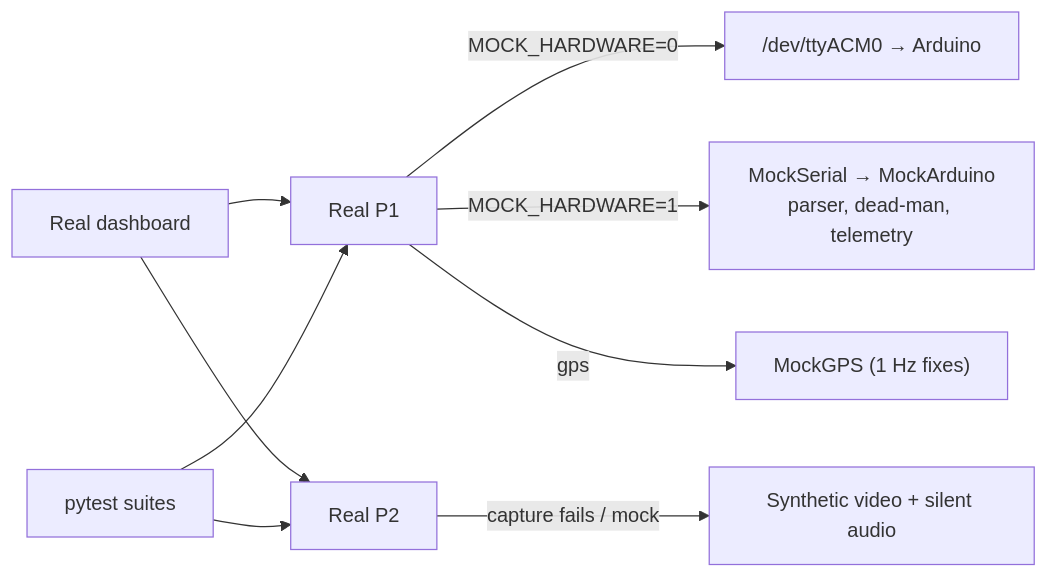
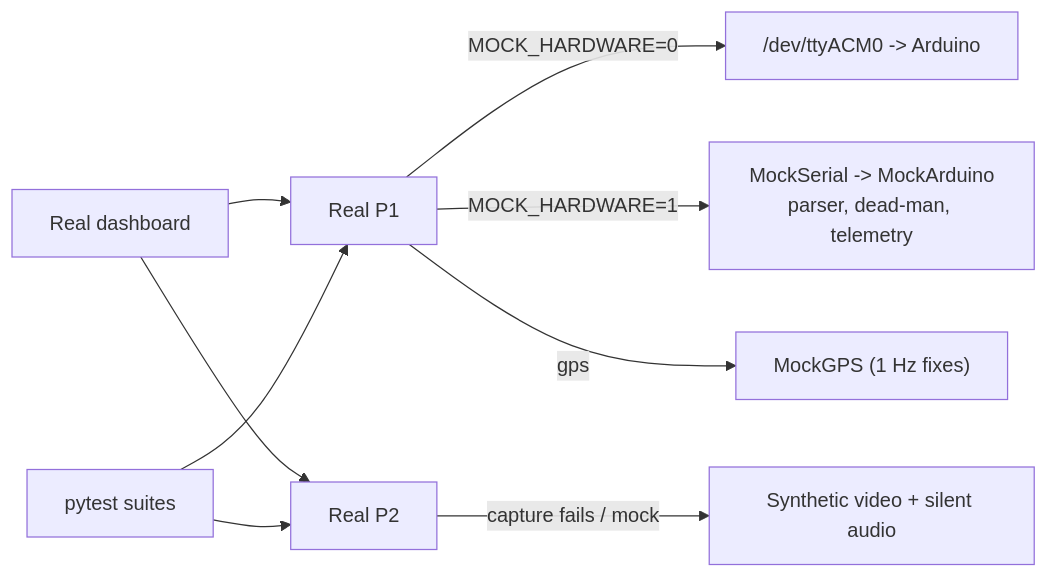
One commit to baiust999/robort-code-from-pi changed the third of 27 diagrams in research paper/section4_methodology.md. Above: the diagram before and after it, drawn with Mermaid. The commit also changed other lines of this file and 4 other files, not shown here.

````diff
--- a/research paper/section4_methodology.md
+++ b/research paper/section4_methodology.md
@@ -91,11 +91,11 @@
 ```mermaid
 flowchart LR
   DB["Real dashboard"] --> P1["Real P1"]
-  P1 -- "MOCK_HARDWARE=0" --> UART["/dev/ttyACM0 → Arduino"]
-  P1 -- "MOCK_HARDWARE=1" --> MS["MockSerial → MockArduino<br/>parser, dead-man, telemetry"]
+  P1 -- "MOCK_HARDWARE=0" --> UART["/dev/ttyACM0 -> Arduino"]
+  P1 -- "MOCK_HARDWARE=1" --> MS["MockSerial -> MockArduino<br/>parser, dead-man, telemetry"]
   P1 -- "gps" --> MG["MockGPS (1 Hz fixes)"]
   DB --> P2["Real P2"]
   P2 -- "capture fails / mock" --> SY["Synthetic video + silent audio"]
   T["pytest suites"] --> P1
   T --> P2
 ```
````
